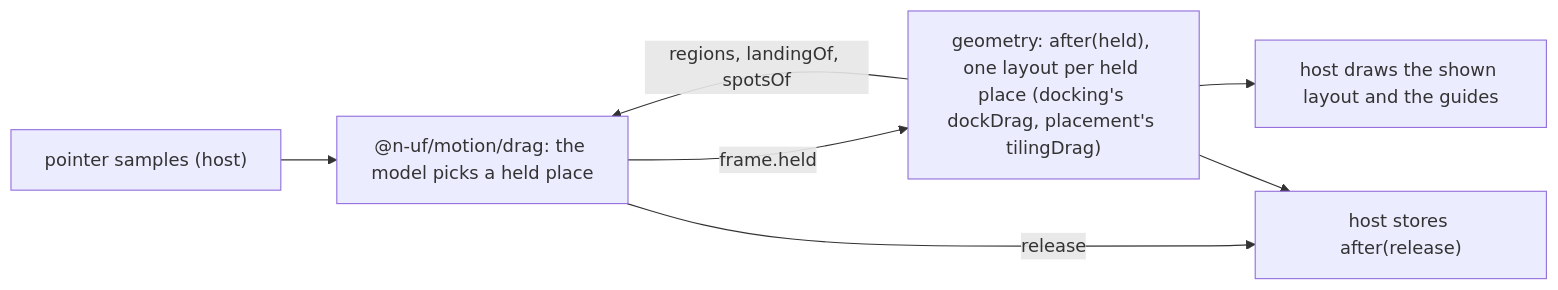
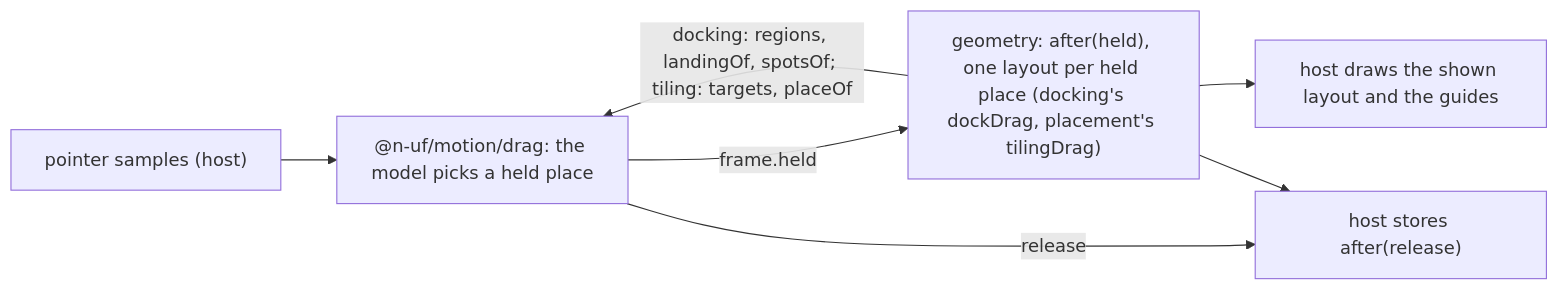
Before and after one commit to n-uf/motion: the diagram in docs/concept.md, drawn with Mermaid. The commit also changed other lines of this file and 7 other files, not shown here.

````diff
--- a/docs/concept.md
+++ b/docs/concept.md
@@ -42,14 +44,14 @@
 ```mermaid
 flowchart LR
   pointer["pointer samples (host)"]
   model["@n-uf/motion/drag: the model picks a held place"]
   geometry["geometry: after(held), one layout per held place (docking's dockDrag, placement's tilingDrag)"]
   draw["host draws the shown layout and the guides"]
   commit["host stores after(release)"]
   pointer --> model
   model -- "frame.held" --> geometry
-  geometry -- "regions, landingOf, spotsOf" --> model
+  geometry -- "docking: regions, landingOf, spotsOf; tiling: targets, placeOf" --> model
   geometry --> draw
   model -- "release" --> commit
   geometry --> commit
 ```
````
